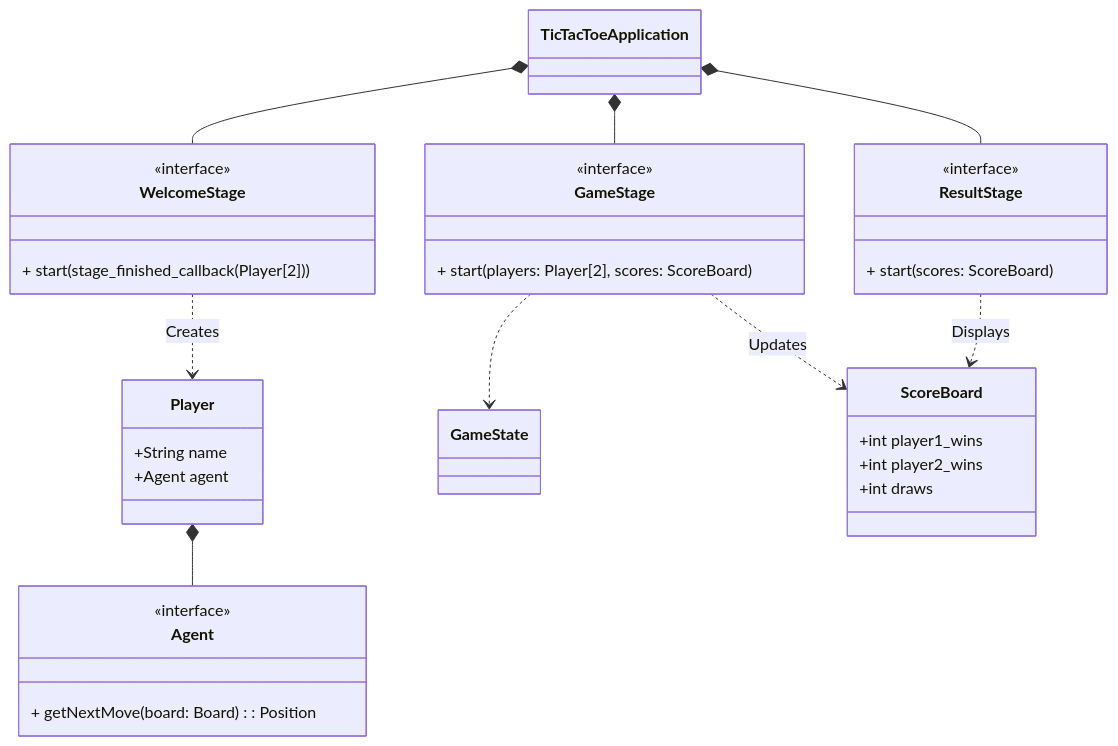
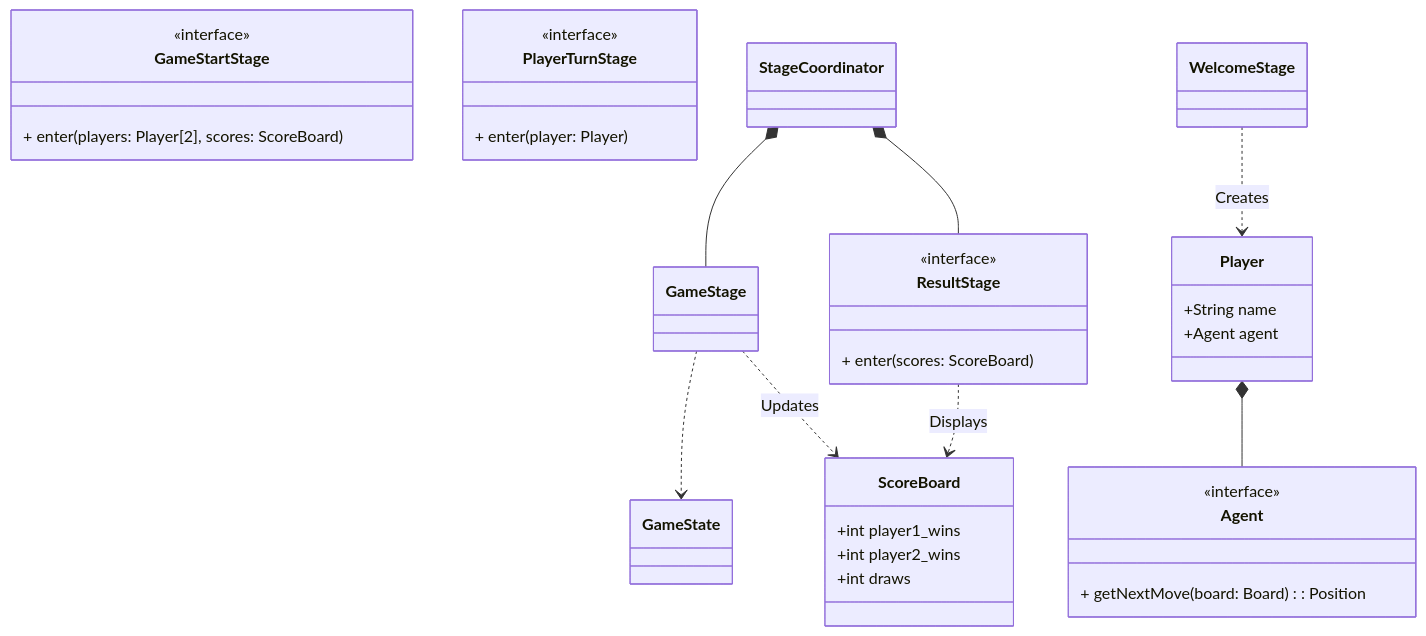
The fifth of 5 diagrams in docs/REFERENCE_ARCHITECTURE.md (jashar86/tic-tac-toe), drawn with Mermaid before and after one commit. The commit also changed other lines of this file, not shown here.

Commit message:
idk this application layer is messy. need some inspiration

````diff
--- a/docs/REFERENCE_ARCHITECTURE.md
+++ b/docs/REFERENCE_ARCHITECTURE.md
@@ -123,51 +210,49 @@
 ```mermaid
 classDiagram
-
-    class TicTacToeApplication {
-
-    }
 
     class Player {
         +String name
         +Agent agent
     }
 
     class ScoreBoard {
         +int player1_wins
         +int player2_wins
         +int draws
     }
 
     class Agent {
         <<interface>>
         + getNextMove(board: Board) : Position
     }
 
+    
 
-    class WelcomeStage {
+    class GameStartStage {
         <<interface>>
-        + start(stage_finished_callback(Player[2]))
+        + enter(players: Player[2], scores: ScoreBoard)
     }
 
-    class GameStage {
+    class PlayerTurnStage {
         <<interface>>
-        + start(players: Player[2], scores: ScoreBoard)
+        + enter(player: Player)
     }
 
     class ResultStage {
         <<interface>>
-        + start(scores: ScoreBoard)
+        + enter(scores: ScoreBoard)
     }
 
-    TicTacToeApplication *-- WelcomeStage
-    TicTacToeApplication *-- GameStage
-    TicTacToeApplication *-- ResultStage
+    
+
+    StageCoordinator *-- GameStage
+    StageCoordinator *-- ResultStage
 
     WelcomeStage ..> Player : Creates
     GameStage ..> GameState
     GameStage ..> ScoreBoard : Updates
     ResultStage ..> ScoreBoard : Displays
 
     Player *-- Agent
 
 ```
````
